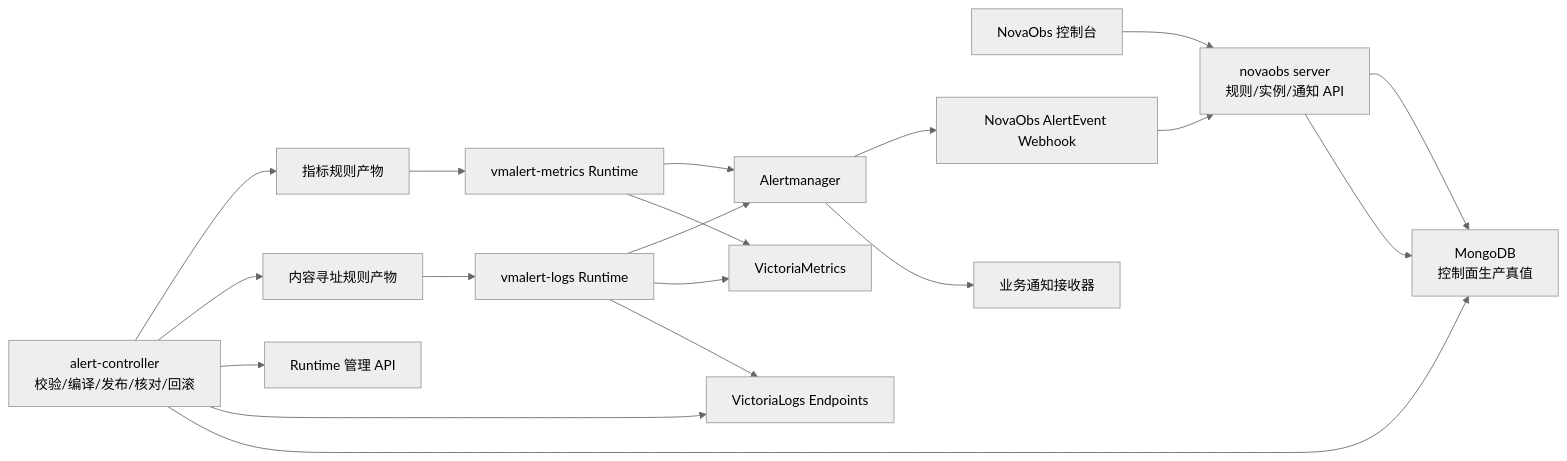
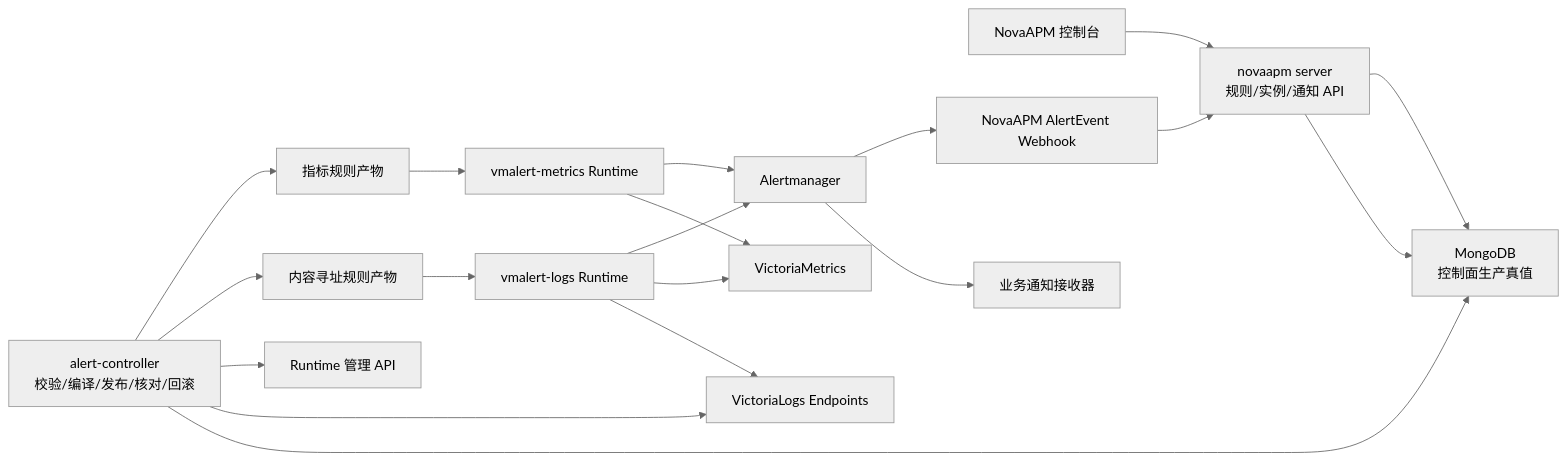
Before and after one commit to nova-obs/novaobs: the first of 3 diagrams in docs/planning/2026-06-22-log-alerting-handoff-architecture.md, drawn with Mermaid (neutral theme). The commit also changed other lines of this file and 175 other files, not shown here.

````diff
--- a/docs/planning/2026-06-22-log-alerting-handoff-architecture.md
+++ b/docs/planning/2026-06-22-log-alerting-handoff-architecture.md
@@ -108,26 +108,26 @@
 ```mermaid
 flowchart LR
-    UI["NovaObs 控制台"] --> API["novaobs server<br/>规则/实例/通知 API"]
+    UI["NovaAPM 控制台"] --> API["novaapm server<br/>规则/实例/通知 API"]
     API --> Mongo["MongoDB<br/>控制面生产真值"]
 
     Controller["alert-controller<br/>校验/编译/发布/核对/回滚"] --> Mongo
     Controller --> VL["VictoriaLogs Endpoints"]
     Controller --> RuntimeAPI["Runtime 管理 API"]
 
     RuleArtifact["内容寻址规则产物"] --> LogRuntime["vmalert-logs Runtime"]
     LogRuntime --> VL
     LogRuntime --> VM["VictoriaMetrics"]
     LogRuntime --> AM["Alertmanager"]
 
     MetricArtifact["指标规则产物"] --> MetricRuntime["vmalert-metrics Runtime"]
     MetricRuntime --> VM
     MetricRuntime --> AM
 
     AM --> Receiver["业务通知接收器"]
-    AM --> Webhook["NovaObs AlertEvent Webhook"]
+    AM --> Webhook["NovaAPM AlertEvent Webhook"]
     Webhook --> API
     API --> Mongo
 
     Controller --> RuleArtifact
     Controller --> MetricArtifact
 ```
````
